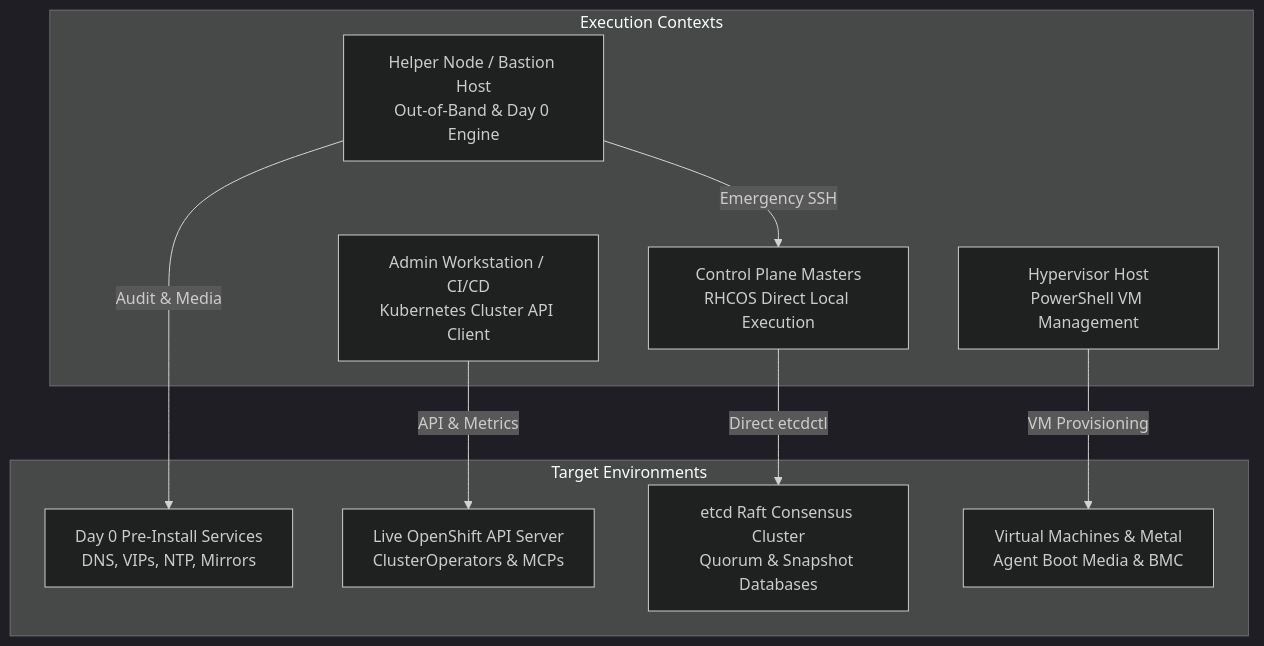
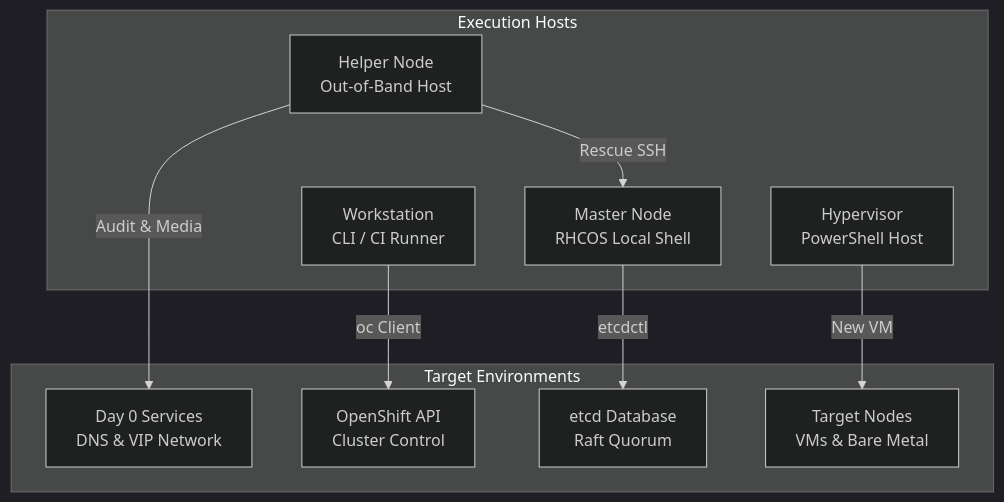
The first of 6 diagrams in scripts/README.md (nubenetes/openshift-4-20-installation-day0-day2), drawn with Mermaid (dark theme) before and after one commit. The commit also changed other lines of this file, not shown here.

Commit message:
fix(docs): resolve text overflow in mermaid boxes by shortening line lengths and adding ascii companion diagrams

````diff
--- a/scripts/README.md
+++ b/scripts/README.md
@@ -41,22 +41,22 @@
 ```mermaid
 flowchart TD
-    subgraph CTX["Execution Contexts"]
-        HN["Helper Node / Bastion Host<br/>Out-of-Band &amp; Day 0 Engine"]
-        WS["Admin Workstation / CI/CD<br/>Kubernetes Cluster API Client"]
-        CP["Control Plane Masters<br/>RHCOS Direct Local Execution"]
-        HV["Hypervisor Host<br/>PowerShell VM Management"]
+    subgraph CTX["Execution Hosts"]
+        HN["Helper Node<br/>Out-of-Band Host"]
+        WS["Workstation<br/>CLI / CI Runner"]
+        CP["Master Node<br/>RHCOS Local Shell"]
+        HV["Hypervisor<br/>PowerShell Host"]
     end
 
     subgraph ENV["Target Environments"]
-        PRE["Day 0 Pre-Install Services<br/>DNS, VIPs, NTP, Mirrors"]
-        API["Live OpenShift API Server<br/>ClusterOperators &amp; MCPs"]
-        ETCD["etcd Raft Consensus Cluster<br/>Quorum &amp; Snapshot Databases"]
-        VMS["Virtual Machines &amp; Metal<br/>Agent Boot Media &amp; BMC"]
+        PRE["Day 0 Services<br/>DNS &amp; VIP Network"]
+        API["OpenShift API<br/>Cluster Control"]
+        ETCD["etcd Database<br/>Raft Quorum"]
+        VMS["Target Nodes<br/>VMs &amp; Bare Metal"]
     end
 
     HN -->|"Audit &amp; Media"| PRE
-    HN -->|"Emergency SSH"| CP
-    WS -->|"API &amp; Metrics"| API
-    CP -->|"Direct etcdctl"| ETCD
-    HV -->|"VM Provisioning"| VMS
+    HN -->|"Rescue SSH"| CP
+    WS -->|"oc Client"| API
+    CP -->|"etcdctl"| ETCD
+    HV -->|"New VM"| VMS
 ```
````
